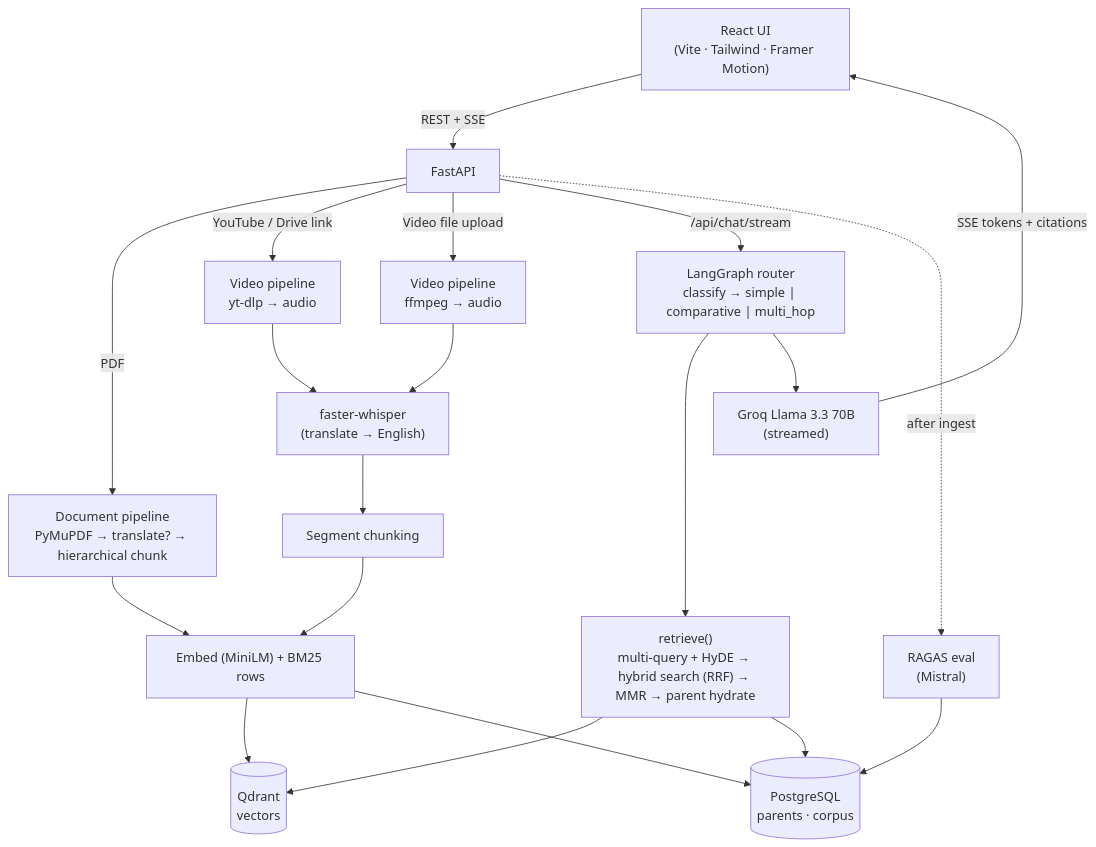
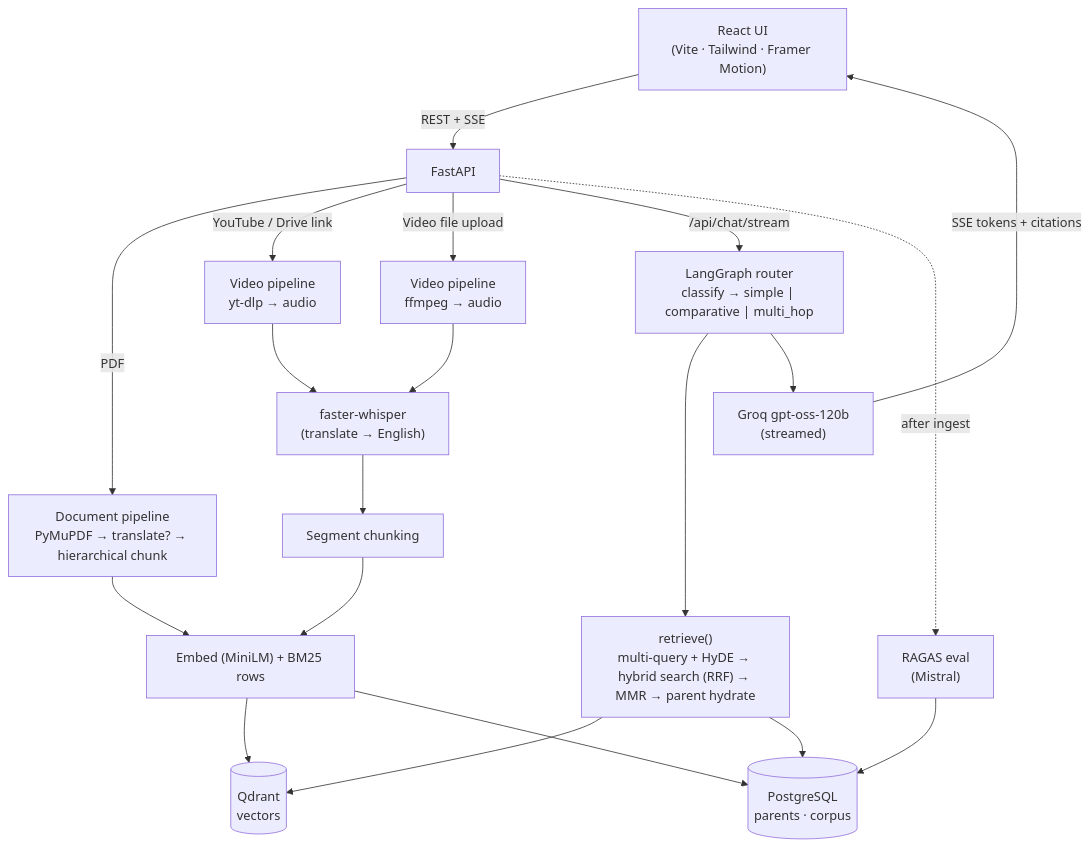
One commit to Saicharan519/sourcemind changed the diagram in README.md. Above: the diagram before and after it, drawn with Mermaid. The commit also changed other lines of this file and 4 other files, not shown here.

````diff
--- a/README.md
+++ b/README.md
@@ -82,26 +84,26 @@
 ```mermaid
 flowchart TD
     UI["React UI<br/>(Vite · Tailwind · Framer Motion)"] -->|REST + SSE| API[FastAPI]
 
     API -->|PDF| DOC["Document pipeline<br/>PyMuPDF → translate? → hierarchical chunk"]
     API -->|YouTube / Drive link| VURL["Video pipeline<br/>yt-dlp → audio"]
     API -->|Video file upload| VFILE["Video pipeline<br/>ffmpeg → audio"]
 
     VURL --> WHISPER["faster-whisper<br/>(translate → English)"]
     VFILE --> WHISPER
     WHISPER --> SEG[Segment chunking]
 
     DOC --> EMB["Embed (MiniLM) + BM25 rows"]
     SEG --> EMB
     EMB --> QD[(Qdrant<br/>vectors)]
     EMB --> PG[(PostgreSQL<br/>parents · corpus)]
 
     API -->|"/api/chat/stream"| ROUTER["LangGraph router<br/>classify → simple | comparative | multi_hop"]
     ROUTER --> RETR["retrieve()<br/>multi-query + HyDE → hybrid search (RRF) → MMR → parent hydrate"]
     RETR --> QD
     RETR --> PG
-    ROUTER --> LLM["Groq Llama 3.3 70B<br/>(streamed)"]
+    ROUTER --> LLM["Groq gpt-oss-120b<br/>(streamed)"]
     LLM -->|SSE tokens + citations| UI
 
     API -.->|after ingest| RAGAS["RAGAS eval<br/>(Mistral)"] --> PG
 ```
````
